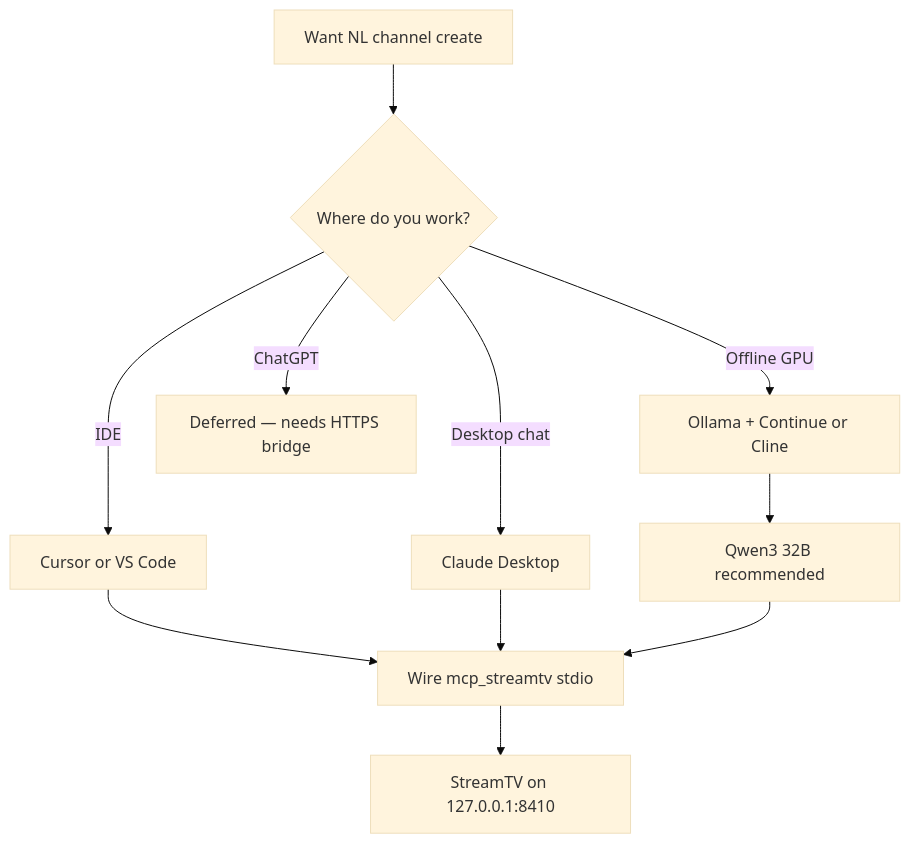
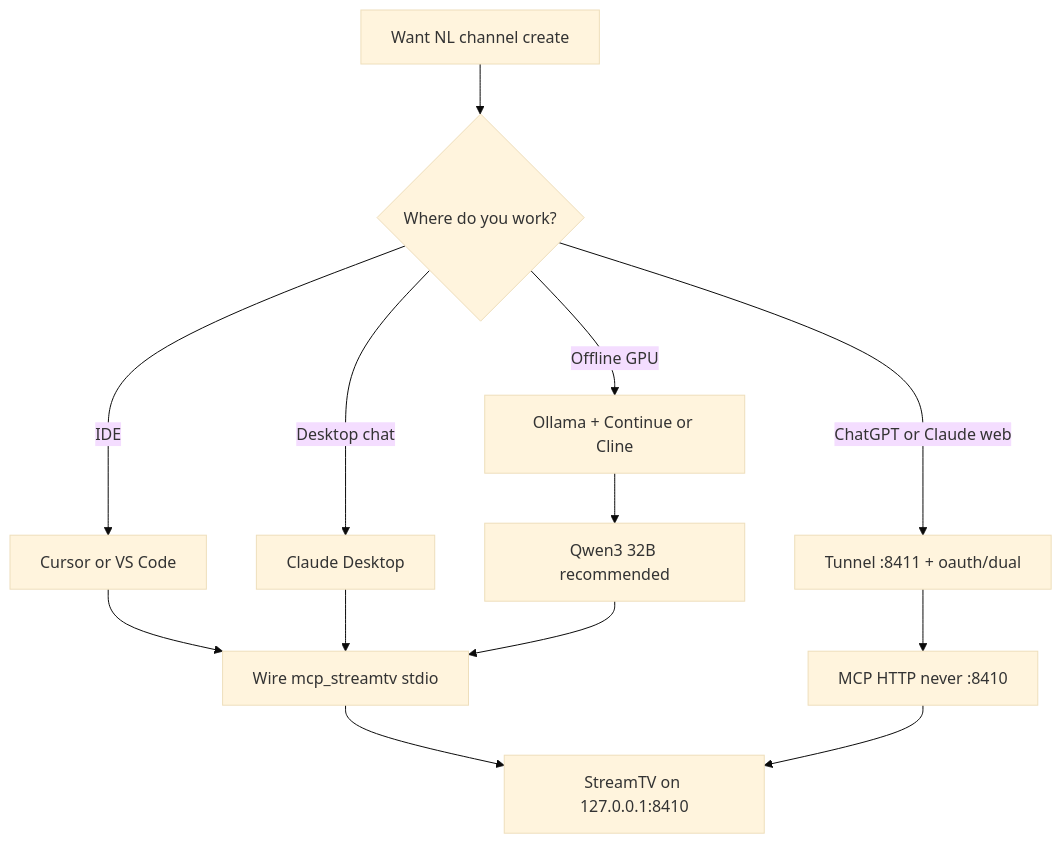
One commit to roto31/StreamTV changed the second of 3 diagrams in docs/wiki/Channel-Creator-MCP.md. Above: the diagram before and after it, drawn with Mermaid (base theme). The commit also changed other lines of this file and 8 other files, not shown here.

````diff
--- a/docs/wiki/Channel-Creator-MCP.md
+++ b/docs/wiki/Channel-Creator-MCP.md
@@ -31,13 +34,15 @@
 ```mermaid
 flowchart TD
   Start["Want NL channel create"] --> Q{"Where do you work?"}
   Q -->|IDE| CursorOrVS["Cursor or VS Code"]
   Q -->|Desktop chat| Claude["Claude Desktop"]
   Q -->|Offline GPU| Local["Ollama + Continue or Cline"]
-  Q -->|ChatGPT| Defer["Deferred — needs HTTPS bridge"]
+  Q -->|ChatGPT or Claude web| Remote["Tunnel :8411 + oauth/dual"]
   CursorOrVS --> Wire["Wire mcp_streamtv stdio"]
   Claude --> Wire
   Local --> Model["Qwen3 32B recommended"]
   Model --> Wire
   Wire --> API["StreamTV on 127.0.0.1:8410"]
+  Remote --> HTTP["MCP HTTP never :8410"]
+  HTTP --> API
 ```
````
